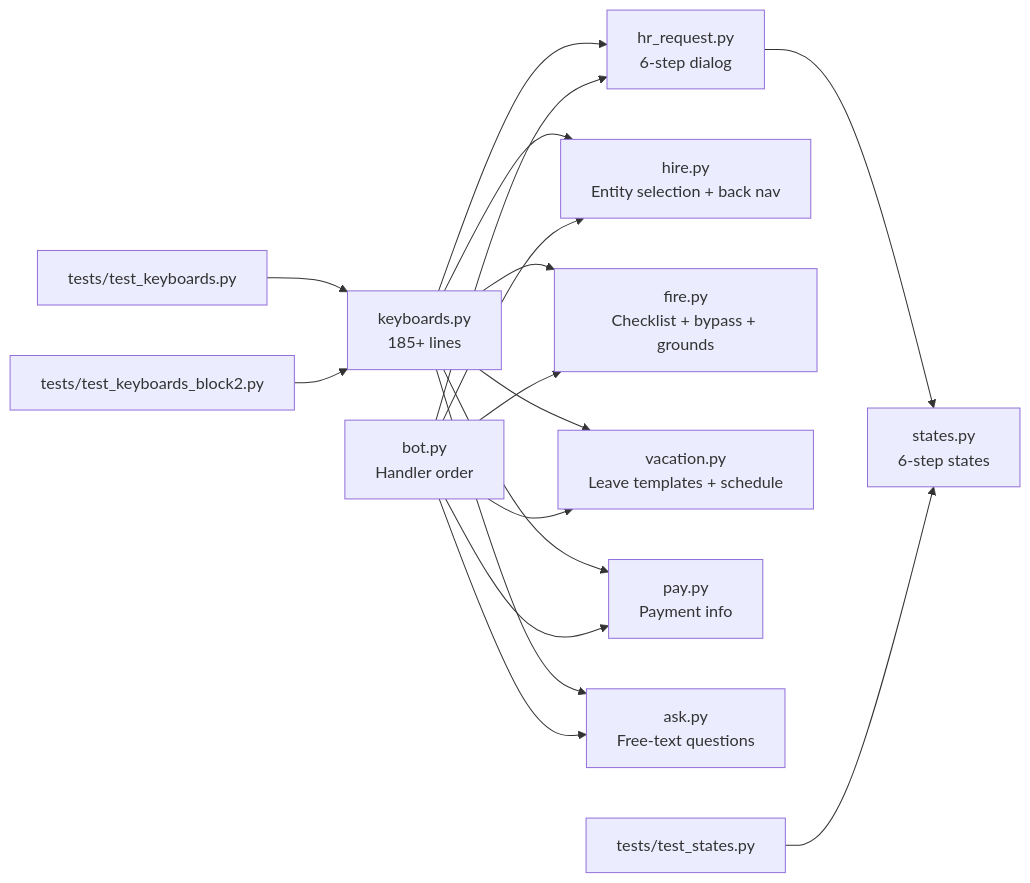
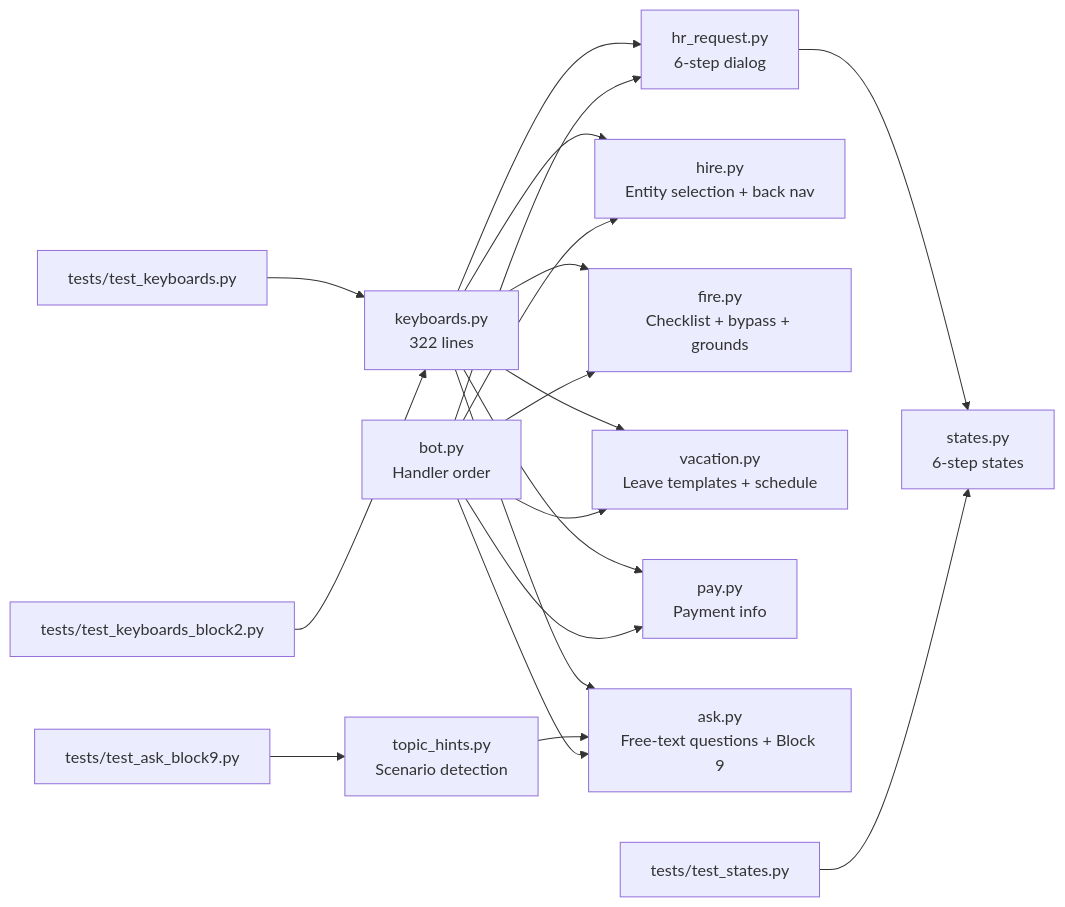
Diagram 11 of 12 in .qoder/repowiki/en/content/Keyboard System.md (ognelis/cafetera_hr_bot), drawn with Mermaid before and after one commit. The commit also changed other lines of this file and 10 other files, not shown here.

````diff
--- a/.qoder/repowiki/en/content/Keyboard System.md
+++ b/.qoder/repowiki/en/content/Keyboard System.md
@@ -440,19 +543,21 @@
 ```mermaid
 graph LR
-KB["keyboards.py<br/>185+ lines"] --> HR_REQ["hr_request.py<br/>6-step dialog"]
+KB["keyboards.py<br/>322 lines"] --> HR_REQ["hr_request.py<br/>6-step dialog"]
 KB --> HIRE["hire.py<br/>Entity selection + back nav"]
 KB --> FIRE["fire.py<br/>Checklist + bypass + grounds"]
 KB --> VACATION["vacation.py<br/>Leave templates + schedule"]
 KB --> PAY["pay.py<br/>Payment info"]
-KB --> ASK["ask.py<br/>Free-text questions"]
+KB --> ASK["ask.py<br/>Free-text questions + Block 9"]
+TH["topic_hints.py<br/>Scenario detection"] --> ASK
 HR_REQ --> STATES["states.py<br/>6-step states"]
 BOT["bot.py<br/>Handler order"] --> HR_REQ
 BOT --> HIRE
 BOT --> FIRE
 BOT --> VACATION
 BOT --> PAY
 BOT --> ASK
 TEST_KB["tests/test_keyboards.py"] --> KB
 TEST_BLOCK2["tests/test_keyboards_block2.py"] --> KB
 TEST_STATES["tests/test_states.py"] --> STATES
+TEST_BLOCK9["tests/test_ask_block9.py"] --> TH
 ```
````
